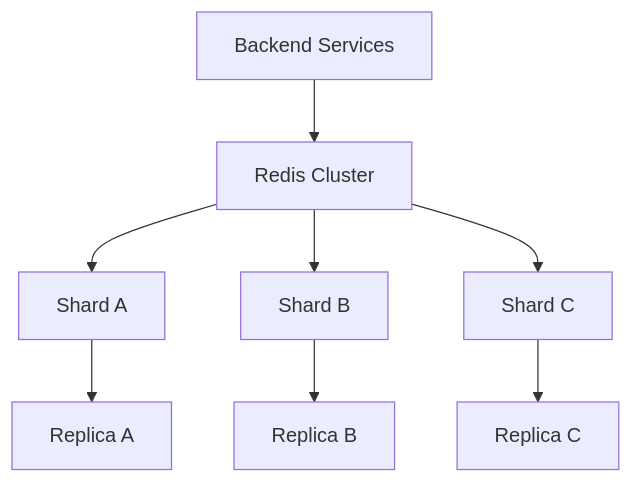
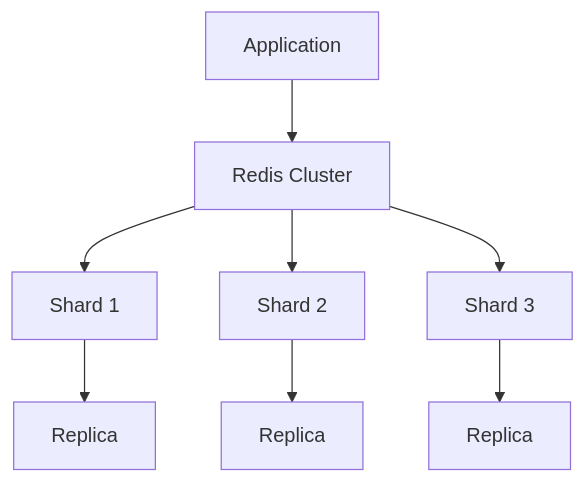
One commit to ektadubey3/backend-system-design changed the fourth of 4 diagrams in databases/nosql/redis.md. Above: the diagram before and after it, drawn with Mermaid. The commit also changed other lines of this file and 18 other files, not shown here.

````diff
--- a/databases/nosql/redis.md
+++ b/databases/nosql/redis.md
@@ -557,12 +451,10 @@
 ```mermaid
 flowchart TD
-    A[Backend Services] --> B[Redis Cluster]
-
-    B --> C[Shard A]
-    B --> D[Shard B]
-    B --> E[Shard C]
-
-    C --> C1[Replica A]
-    D --> D1[Replica B]
-    E --> E1[Replica C]
+    A[Application] --> C[Redis Cluster]
+    C --> S1[Shard 1]
+    C --> S2[Shard 2]
+    C --> S3[Shard 3]
+    S1 --> R1[Replica]
+    S2 --> R2[Replica]
+    S3 --> R3[Replica]
 ```
````
